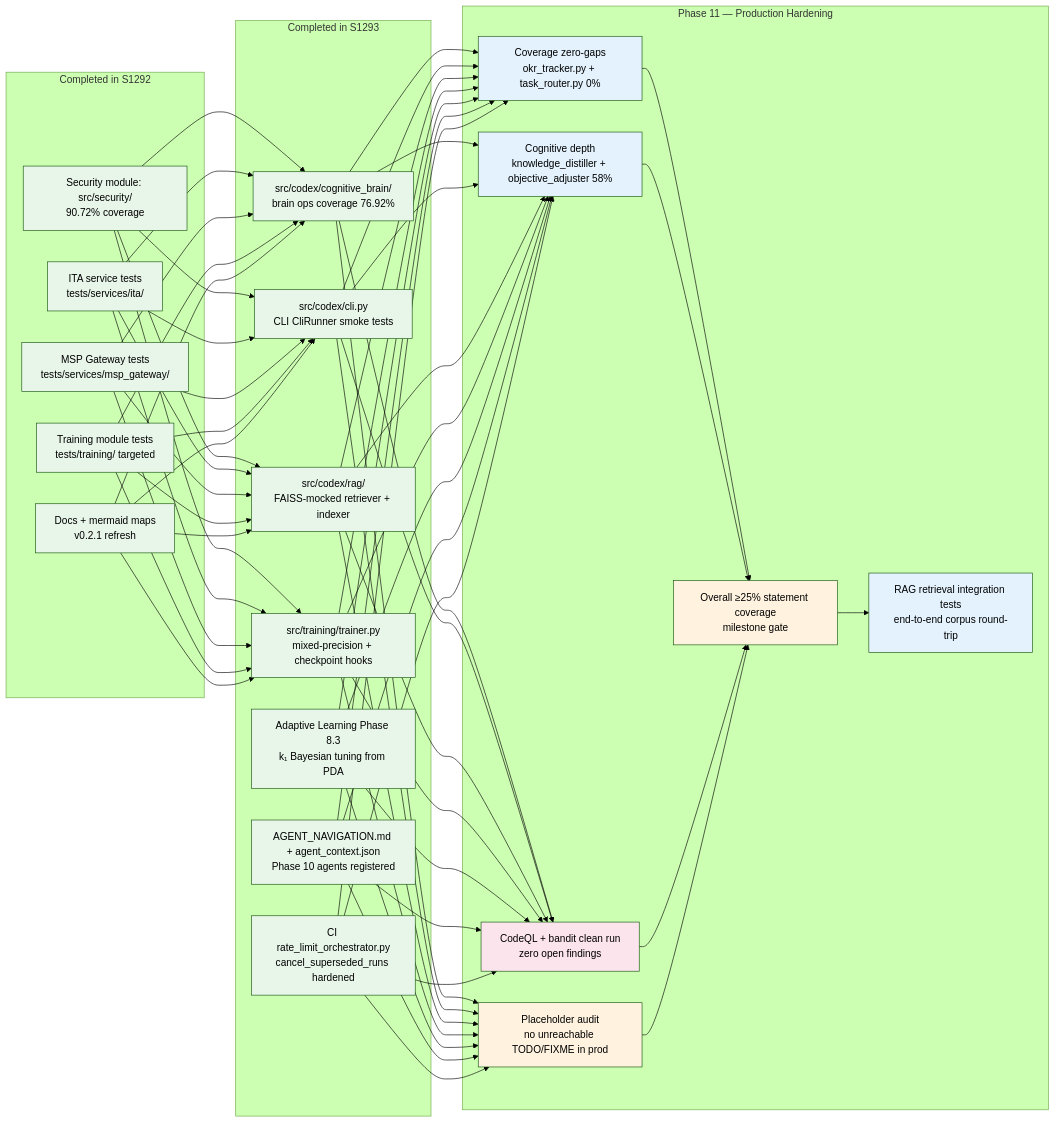
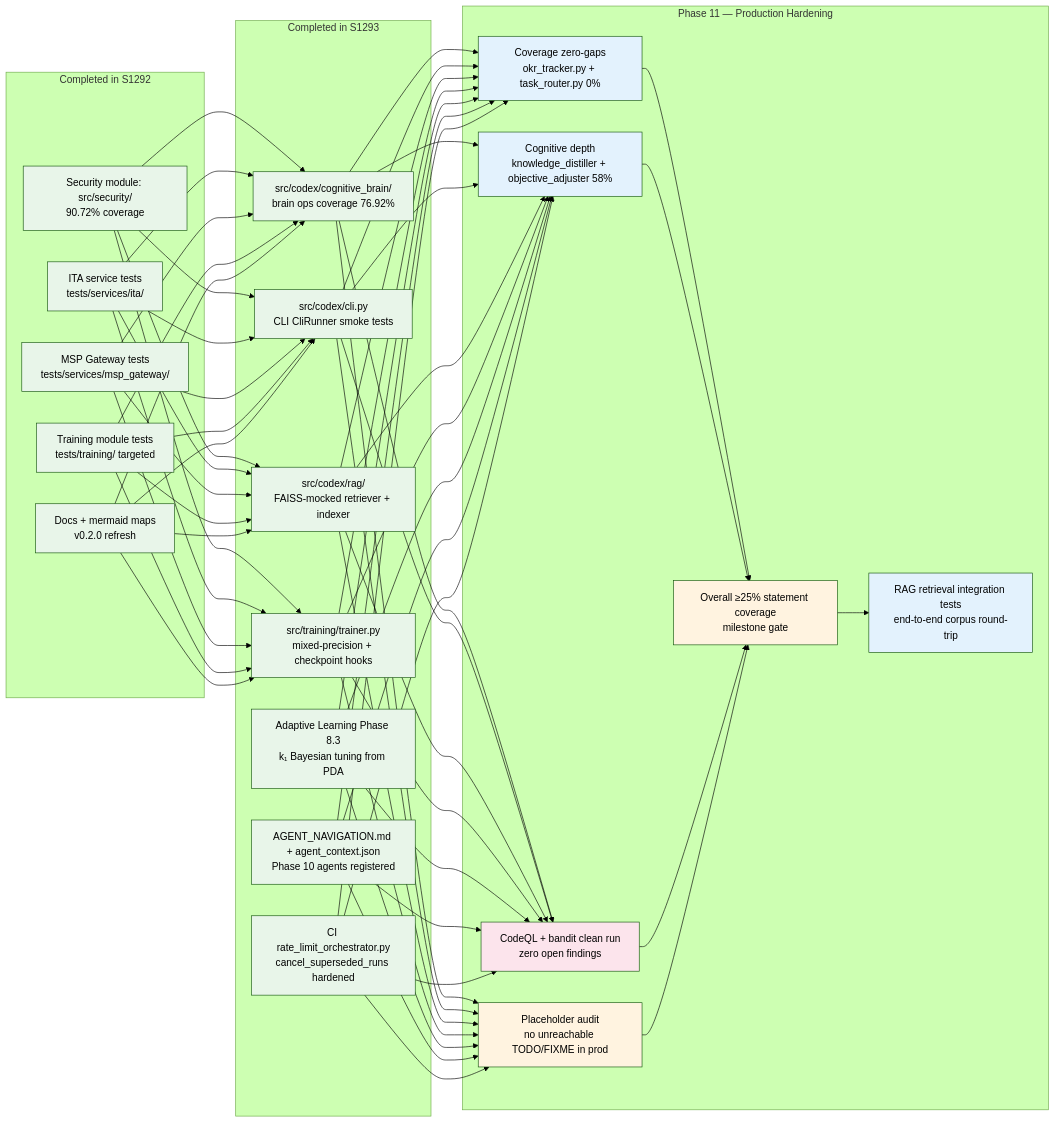
Before and after one commit to Aries-Serpent/_codex_: diagram 18 of 18 in docs/CODEBASE_MERMAID_MAPS.md, drawn with Mermaid (forest theme). The commit also changed other lines of this file and 4117 other files, not shown here.

````diff
--- a/docs/CODEBASE_MERMAID_MAPS.md
+++ b/docs/CODEBASE_MERMAID_MAPS.md
@@ -806,53 +938,56 @@
 ```mermaid
 %%{init: {'accessibility': {'title': 'Flowchart showing Security module: src/security/\n90.72% coverage , ITA service tests\ntests/services/ita/ '}}%%
+
 graph LR
  subgraph "Completed in S1292"
  S1A[Security module: src/security/\n90.72% coverage ]
  S1B[ITA service tests\ntests/services/ita/ ]
  S1C[MSP Gateway tests\ntests/services/msp_gateway/ ]
  S1D[Training module tests\ntests/training/ targeted ]
- S1E[Docs + mermaid maps\nv0.2.1 refresh ]
+ S1E[Docs + mermaid maps\nv0.2.0 refresh ]
  end
 
  subgraph "Completed in S1293"
  P1[src/codex/cognitive_brain/\nbrain ops coverage 76.92% ]
  P2[src/codex/cli.py\nCLI CliRunner smoke tests ]
  P3[src/codex/rag/\nFAISS-mocked retriever + indexer ]
  P4[src/training/trainer.py\nmixed-precision + checkpoint hooks ]
  P5[Adaptive Learning Phase 8.3\nk₁ Bayesian tuning from PDA ]
  P6[AGENT_NAVIGATION.md + agent_context.json\nPhase 10 agents registered ]
  P7[CI rate_limit_orchestrator.py\ncancel_superseded_runs hardened ]
  end
 
  subgraph "Phase 11 — Production Hardening"
  N1[Coverage zero-gaps\nokr_tracker.py + task_router.py 0% ]
  N2[Cognitive depth\nknowledge_distiller + objective_adjuster 58% ]
  N3[CodeQL + bandit clean run\nzero open findings ]
  N4[Placeholder audit\nno unreachable TODO/FIXME in prod ]
  N5[Overall ≥25% statement coverage\nmilestone gate ]
  N6[RAG retrieval integration tests\nend-to-end corpus round-trip ]
  end
 
  S1A & S1B & S1C & S1D & S1E --> P1 & P2 & P3 & P4
+
  P1 & P2 & P3 & P4 & P5 & P6 & P7 --> N1 & N2 & N3 & N4
+
  N1 & N2 & N3 & N4 --> N5 --> N6
 
  style S1A fill:#e8f5e9,color:#000
  style S1B fill:#e8f5e9,color:#000
  style S1C fill:#e8f5e9,color:#000
  style S1D fill:#e8f5e9,color:#000
  style S1E fill:#e8f5e9,color:#000
  style P1 fill:#e8f5e9,color:#000
  style P2 fill:#e8f5e9,color:#000
  style P3 fill:#e8f5e9,color:#000
  style P4 fill:#e8f5e9,color:#000
  style P5 fill:#e8f5e9,color:#000
  style P6 fill:#e8f5e9,color:#000
  style P7 fill:#e8f5e9,color:#000
  style N1 fill:#e3f2fd,color:#000
  style N2 fill:#e3f2fd,color:#000
  style N3 fill:#fce4ec,color:#000
  style N4 fill:#fff3e0,color:#000
  style N5 fill:#fff3e0,color:#000
  style N6 fill:#e3f2fd,color:#000
 ```
````
